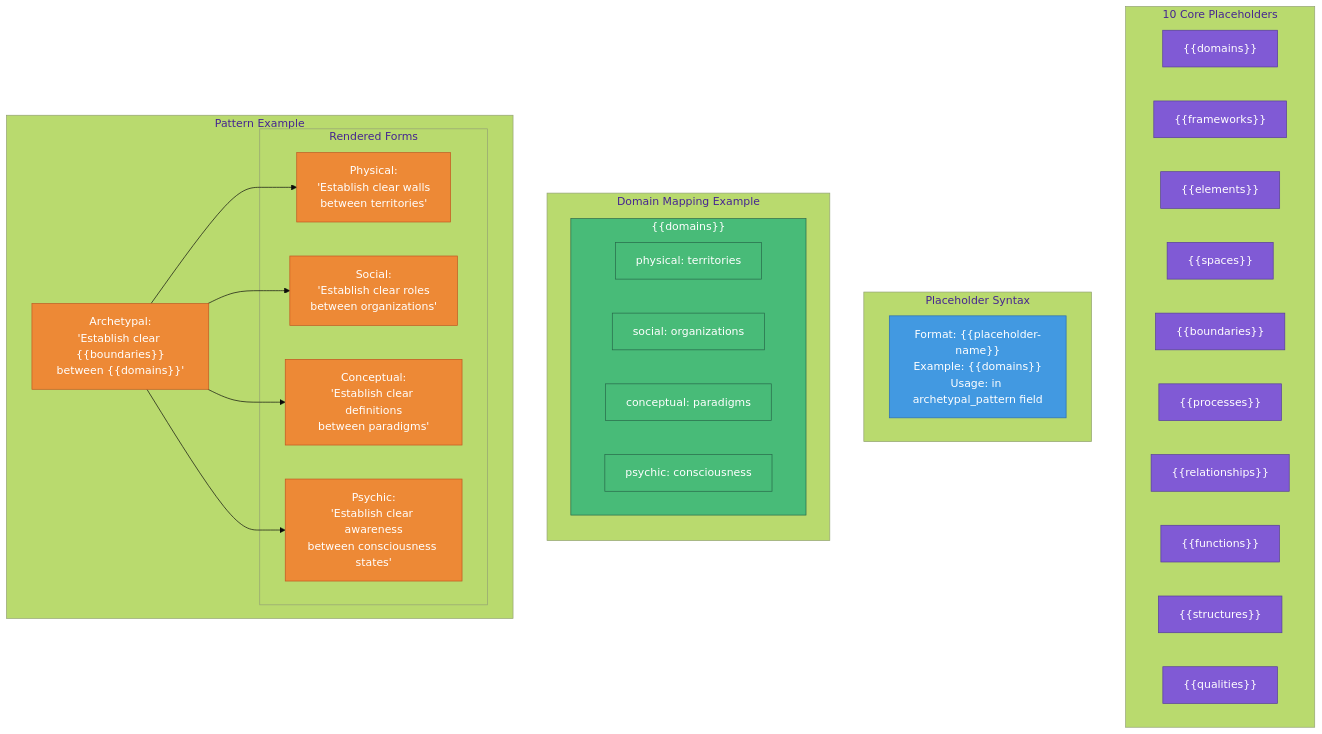
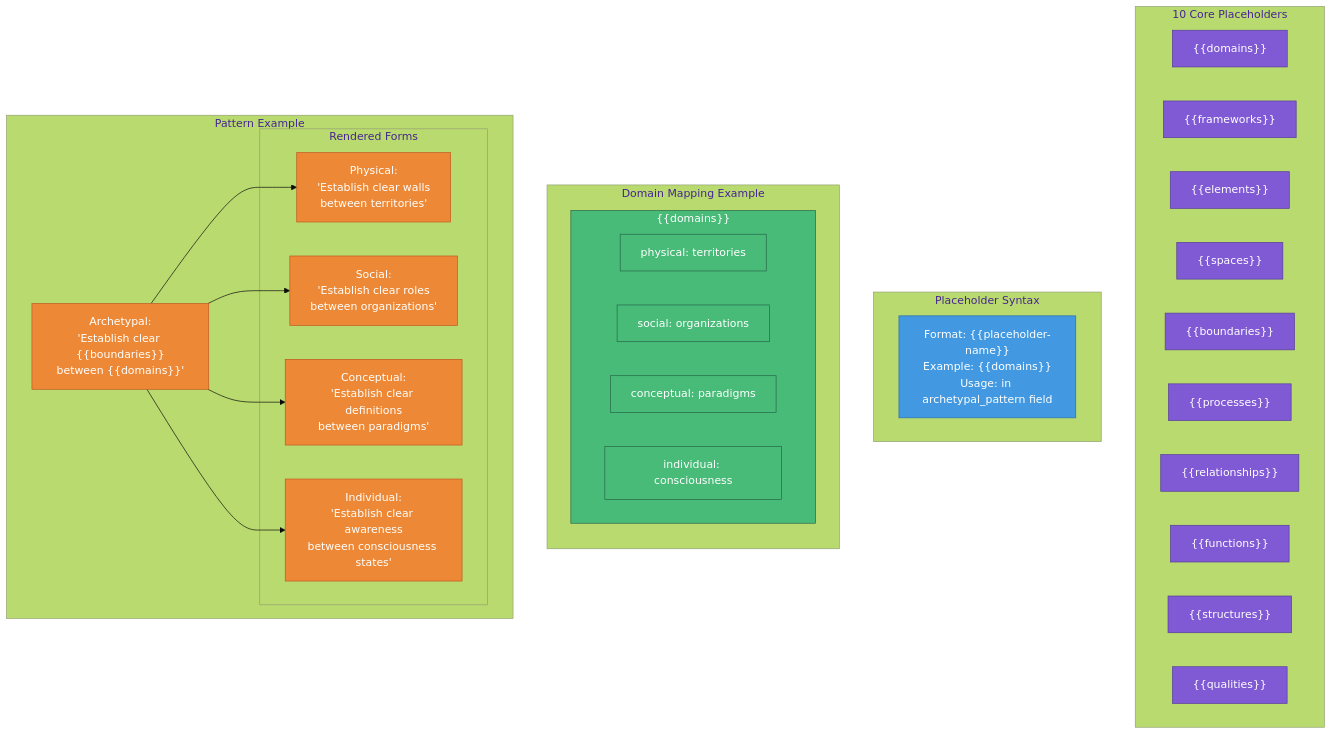
The diagram in diagrams/placeholder-system.mmd (cogpy/NNPL-253-253), drawn with Mermaid before and after one commit. The commit also changed 162 other files, not shown here.

```diff
--- a/diagrams/placeholder-system.mmd
+++ b/diagrams/placeholder-system.mmd
@@ -1,54 +1,54 @@
 %%{init: {'theme': 'base', 'themeVariables': { 'primaryColor': '#805ad5'}}}%%
 flowchart TB
     subgraph PLACEHOLDERS["10 Core Placeholders"]
         PH1["{{domains}}"]
         PH2["{{frameworks}}"]
         PH3["{{elements}}"]
         PH4["{{spaces}}"]
         PH5["{{boundaries}}"]
         PH6["{{processes}}"]
         PH7["{{relationships}}"]
         PH8["{{functions}}"]
         PH9["{{structures}}"]
         PH10["{{qualities}}"]
     end
 
     subgraph SYNTAX["Placeholder Syntax"]
         FMT["Format: {{placeholder-name}}<br/>Example: {{domains}}<br/>Usage: in archetypal_pattern field"]
     end
 
     subgraph MAPPING["Domain Mapping Example"]
         direction TB
         subgraph DOM_EX["{{domains}}"]
             PHY["physical: territories"]
             SOC["social: organizations"]
             CON["conceptual: paradigms"]
-            PSY["psychic: consciousness"]
+            PSY["individual: consciousness"]
         end
     end
 
     subgraph PATTERN_EX["Pattern Example"]
         ARCH_PAT["Archetypal:<br/>'Establish clear {{boundaries}}<br/>between {{domains}}'"]
 
         subgraph RENDERED["Rendered Forms"]
             R_PHY["Physical:<br/>'Establish clear walls<br/>between territories'"]
             R_SOC["Social:<br/>'Establish clear roles<br/>between organizations'"]
             R_CON["Conceptual:<br/>'Establish clear definitions<br/>between paradigms'"]
-            R_PSY["Psychic:<br/>'Establish clear awareness<br/>between consciousness states'"]
+            R_PSY["Individual:<br/>'Establish clear awareness<br/>between consciousness states'"]
         end
 
         ARCH_PAT --> R_PHY
         ARCH_PAT --> R_SOC
         ARCH_PAT --> R_CON
         ARCH_PAT --> R_PSY
     end
 
     classDef placeholder fill:#805ad5,stroke:#553c9a,color:#fff
     classDef syntax fill:#4299e1,stroke:#2b6cb0,color:#fff
     classDef domain fill:#48bb78,stroke:#276749,color:#fff
     classDef pattern fill:#ed8936,stroke:#c05621,color:#fff
 
     class PH1,PH2,PH3,PH4,PH5,PH6,PH7,PH8,PH9,PH10 placeholder
     class FMT syntax
     class PHY,SOC,CON,PSY,DOM_EX domain
     class ARCH_PAT,R_PHY,R_SOC,R_CON,R_PSY pattern
```
